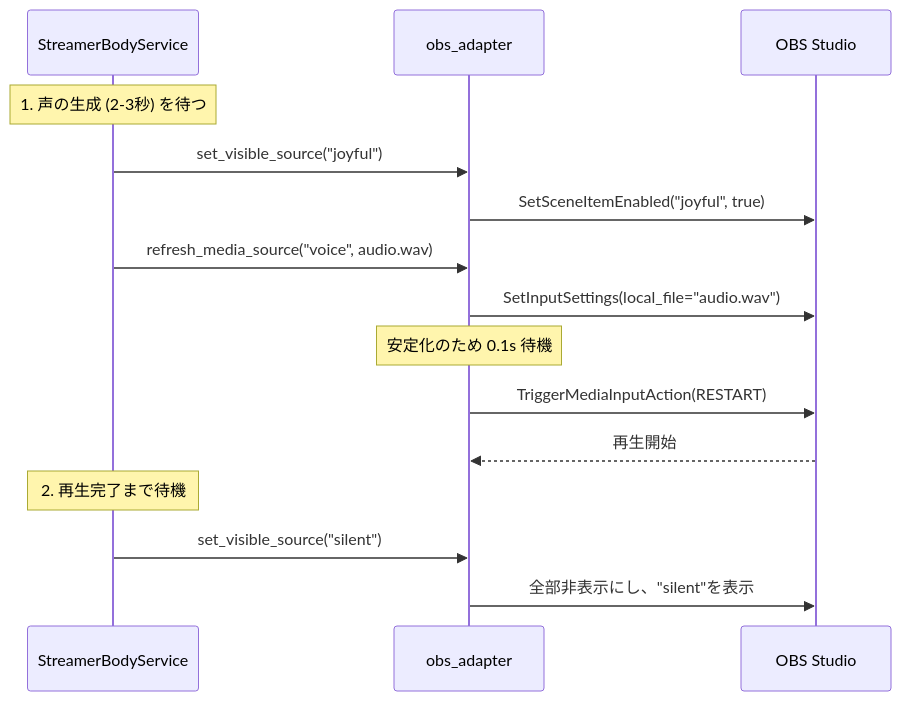
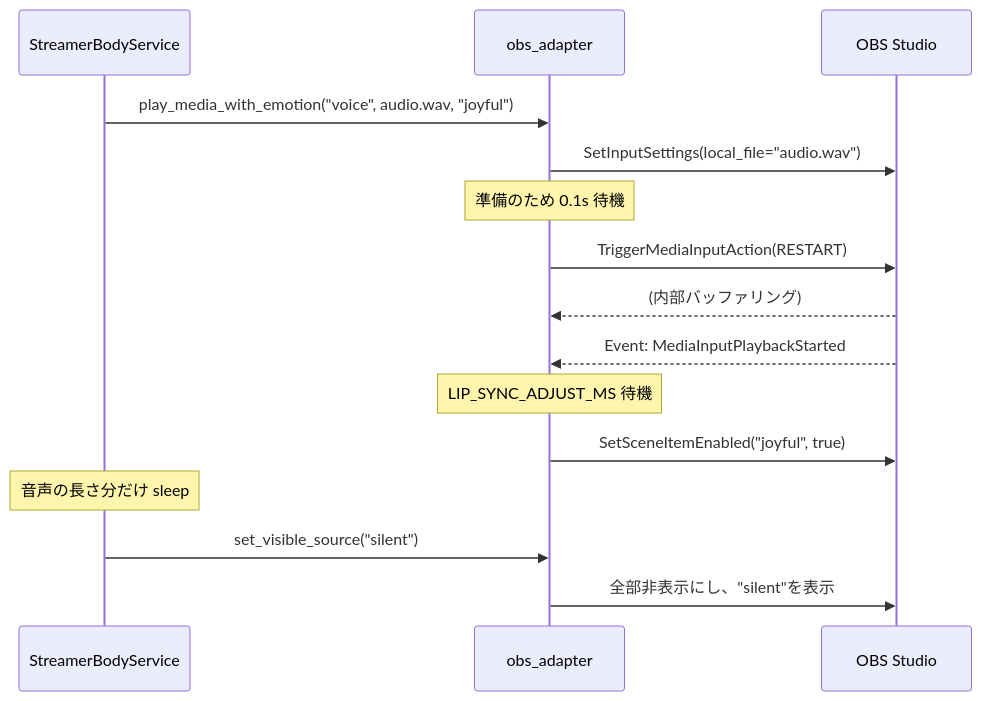
Before and after one commit to koduki/ai-tuber: the first of 2 diagrams in docs/components/body/streamer/obs.md, drawn with Mermaid. The commit also changed other lines of this file and 4 other files, not shown here.

````diff
--- a/docs/components/body/streamer/obs.md
+++ b/docs/components/body/streamer/obs.md
@@ -97,18 +103,18 @@
 ```mermaid
 sequenceDiagram
     participant S as StreamerBodyService
     participant A as obs_adapter
     participant O as OBS Studio
 
-    Note over S: 1. 声の生成 (2-3秒) を待つ
-    S->>A: set_visible_source("joyful")
+    S->>A: play_media_with_emotion("voice", audio.wav, "joyful")
+    A->>O: SetInputSettings(local_file="audio.wav")
+    Note over A: 準備のため 0.1s 待機
+    A->>O: TriggerMediaInputAction(RESTART)
+    O-->>A: (内部バッファリング)
+    O-->>A: Event: MediaInputPlaybackStarted
+    Note over A: LIP_SYNC_ADJUST_MS 待機
     A->>O: SetSceneItemEnabled("joyful", true)
-    S->>A: refresh_media_source("voice", audio.wav)
-    A->>O: SetInputSettings(local_file="audio.wav")
-    Note over A: 安定化のため 0.1s 待機
-    A->>O: TriggerMediaInputAction(RESTART)
-    O-->>A: 再生開始
-    Note over S: 2. 再生完了まで待機
+    Note over S: 音声の長さ分だけ sleep
     S->>A: set_visible_source("silent")
     A->>O: 全部非表示にし、"silent"を表示
 ```
````
